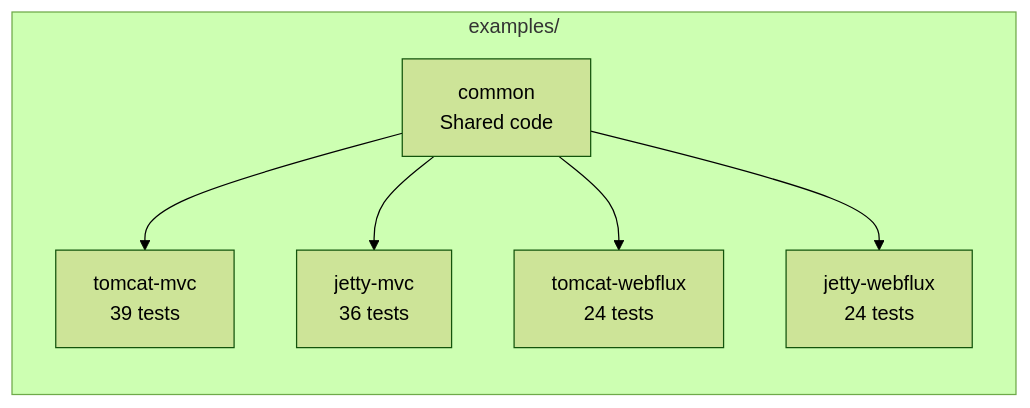
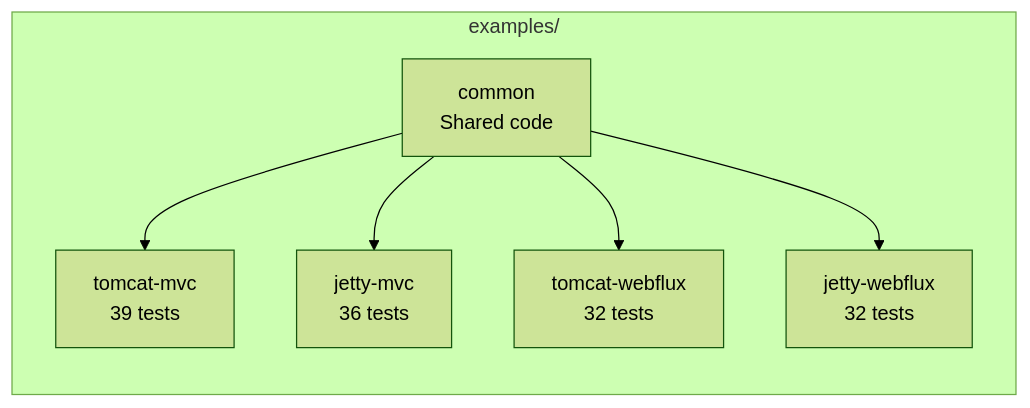
The first of 4 diagrams in examples/README.md (seijikohara/logback-access-spring-boot-starter), drawn with Mermaid (forest theme) before and after one commit. The commit also changed other lines of this file and 24 other files, not shown here.

````diff
--- a/examples/README.md
+++ b/examples/README.md
@@ -7,16 +7,16 @@
 ```mermaid
 flowchart TB
     subgraph examples/
         direction TB
         common[common<br/>Shared code]
         tomcat-mvc[tomcat-mvc<br/>39 tests]
         jetty-mvc[jetty-mvc<br/>36 tests]
-        tomcat-webflux[tomcat-webflux<br/>24 tests]
-        jetty-webflux[jetty-webflux<br/>24 tests]
+        tomcat-webflux[tomcat-webflux<br/>32 tests]
+        jetty-webflux[jetty-webflux<br/>32 tests]
 
         common --> tomcat-mvc
         common --> jetty-mvc
         common --> tomcat-webflux
         common --> jetty-webflux
     end
 ```
````
